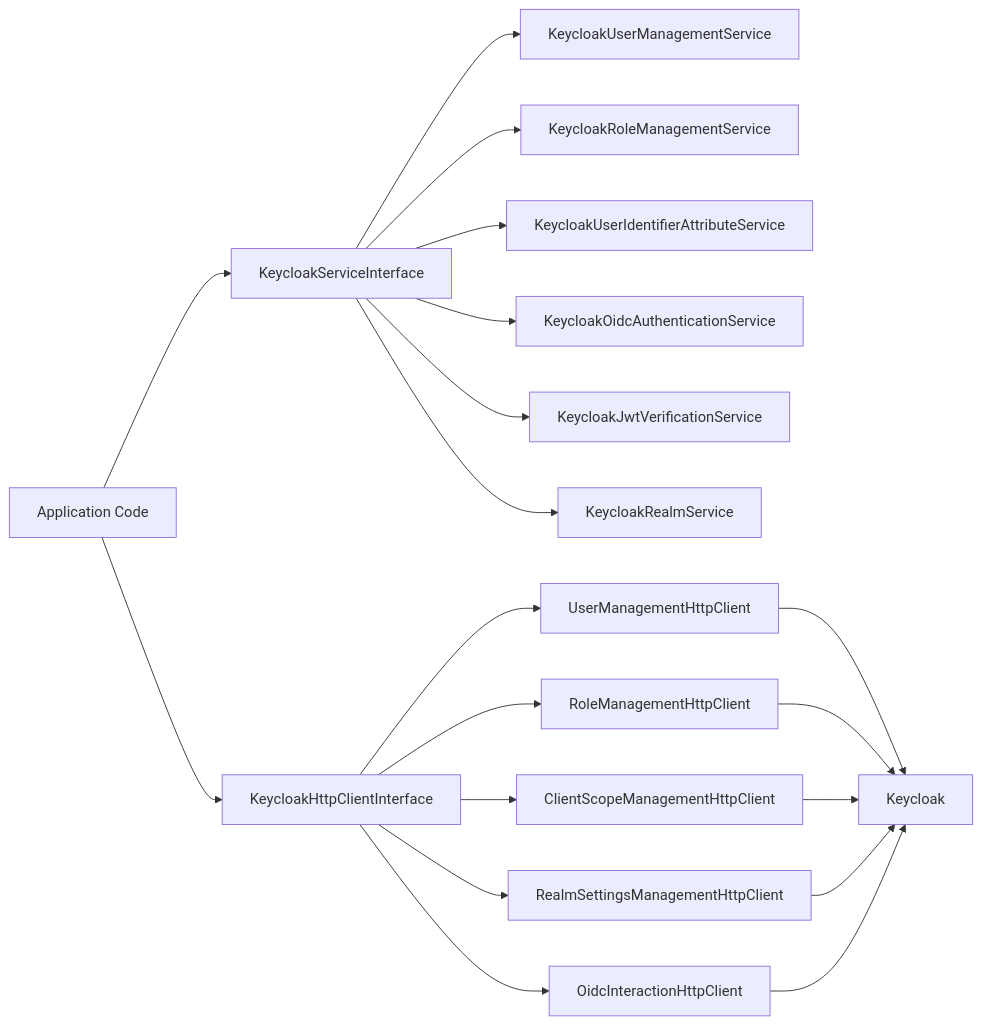
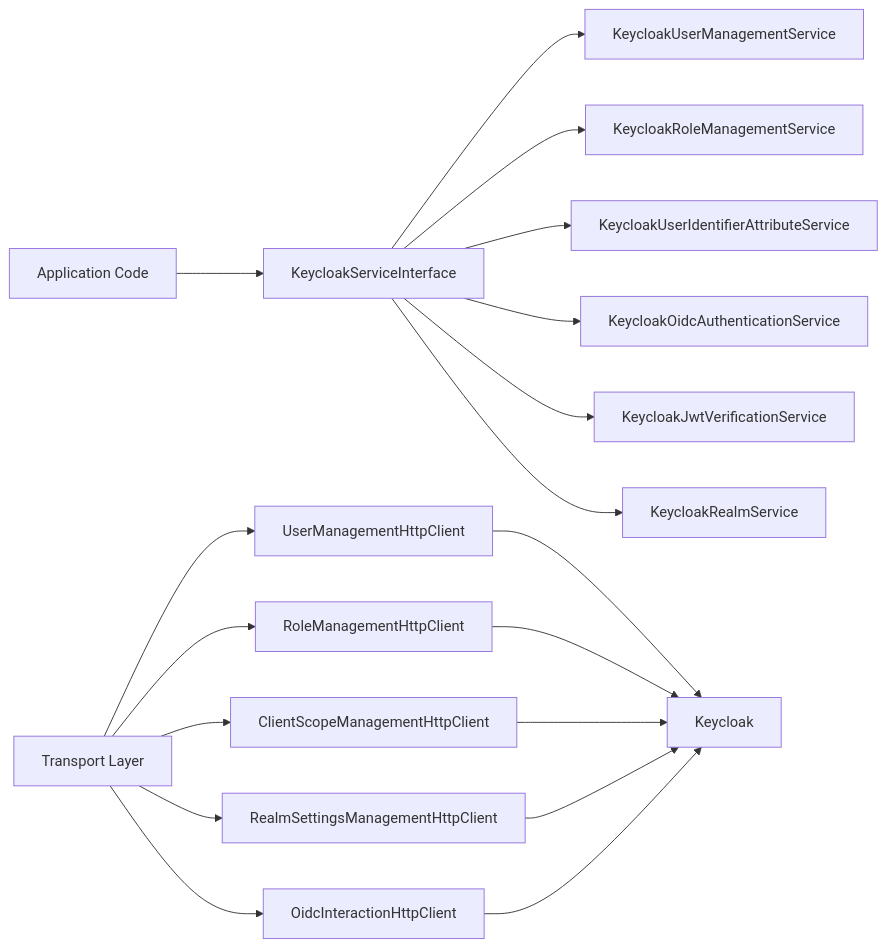
Before and after one commit to apacheborys/keycloak-php-client: the second of 4 diagrams in docs/architecture.md, drawn with Mermaid. The commit also changed other lines of this file and 5 other files, not shown here.

````diff
--- a/docs/architecture.md
+++ b/docs/architecture.md
@@ -88,28 +87,27 @@
 ```mermaid
 flowchart LR
     App["Application Code"]
     Service["KeycloakServiceInterface"]
-    Http["KeycloakHttpClientInterface"]
+    Http["Transport Layer"]
 
     App --> Service
-    App --> Http
 
     Service --> UserSvc["KeycloakUserManagementService"]
     Service --> RoleSvc["KeycloakRoleManagementService"]
     Service --> IdentifierSvc["KeycloakUserIdentifierAttributeService"]
     Service --> OidcSvc["KeycloakOidcAuthenticationService"]
     Service --> JwtSvc["KeycloakJwtVerificationService"]
     Service --> RealmSvc["KeycloakRealmService"]
 
     Http --> UserHttp["UserManagementHttpClient"]
     Http --> RoleHttp["RoleManagementHttpClient"]
     Http --> ScopeHttp["ClientScopeManagementHttpClient"]
     Http --> RealmHttp["RealmSettingsManagementHttpClient"]
     Http --> OidcHttp["OidcInteractionHttpClient"]
 
     UserHttp --> KC["Keycloak"]
     RoleHttp --> KC
     ScopeHttp --> KC
     RealmHttp --> KC
     OidcHttp --> KC
 ```
````
